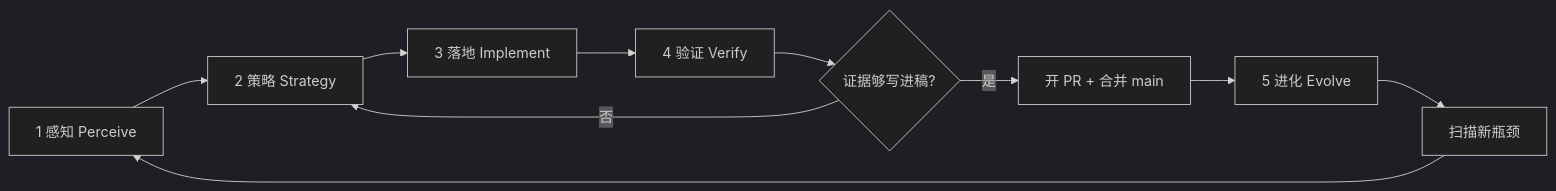
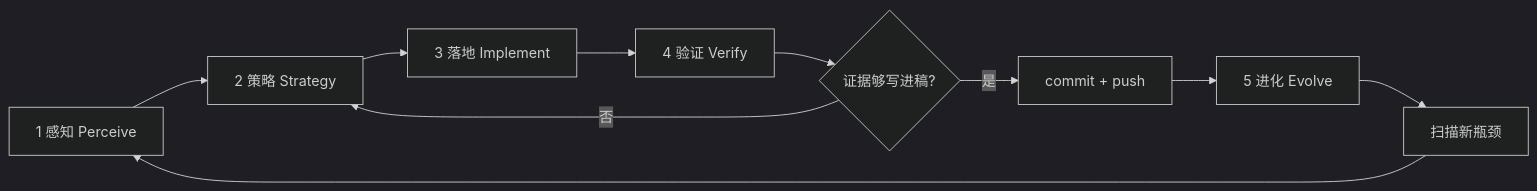
Before and after one commit to chenxingqiang/sci-simukit: the second of 2 diagrams in AGENTS.md, drawn with Mermaid (dark theme). The commit also changed other lines of this file and 21 other files, not shown here.

````diff
--- a/AGENTS.md
+++ b/AGENTS.md
@@ -114,12 +115,12 @@
 ```mermaid
 flowchart LR
   P[1 感知 Perceive] --> S[2 策略 Strategy]
   S --> I[3 落地 Implement]
   I --> V[4 验证 Verify]
   V --> M{证据够写进稿?}
   M -->|否| S
-  M -->|是| PR[开 PR + 合并 main]
+  M -->|是| PR[commit + push]
   PR --> E[5 进化 Evolve]
   E --> N[扫描新瓶颈]
   N --> P
 ```
````
